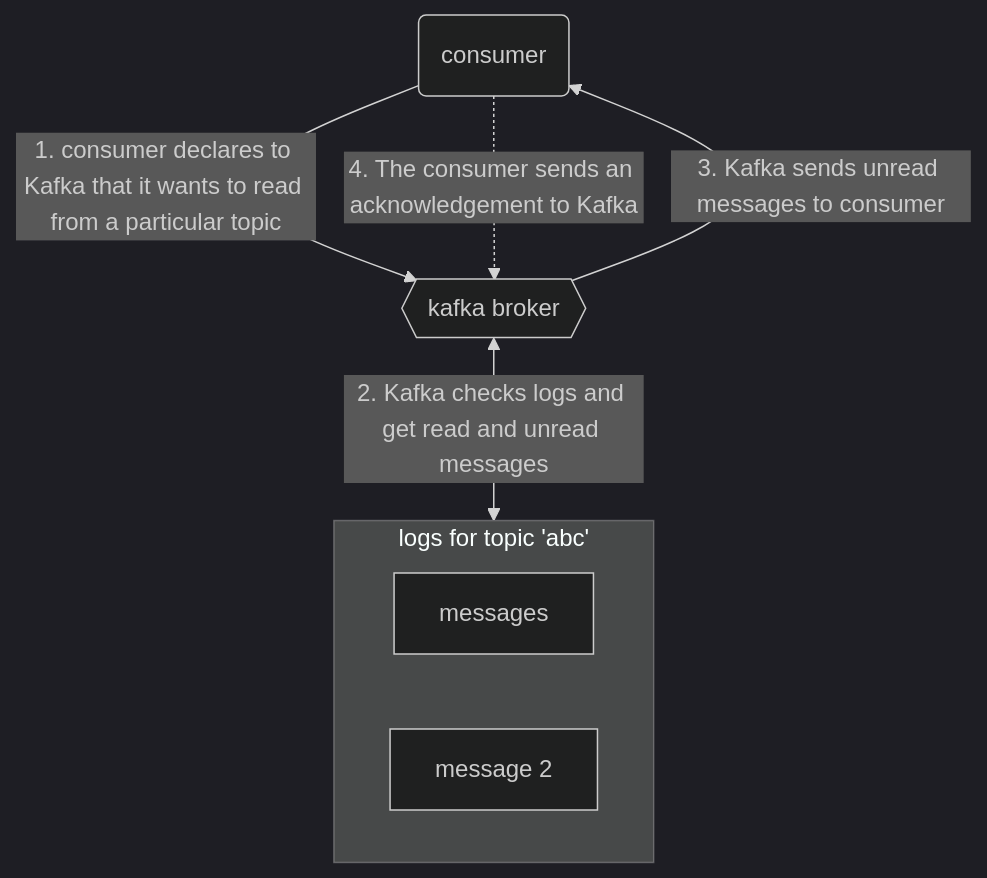
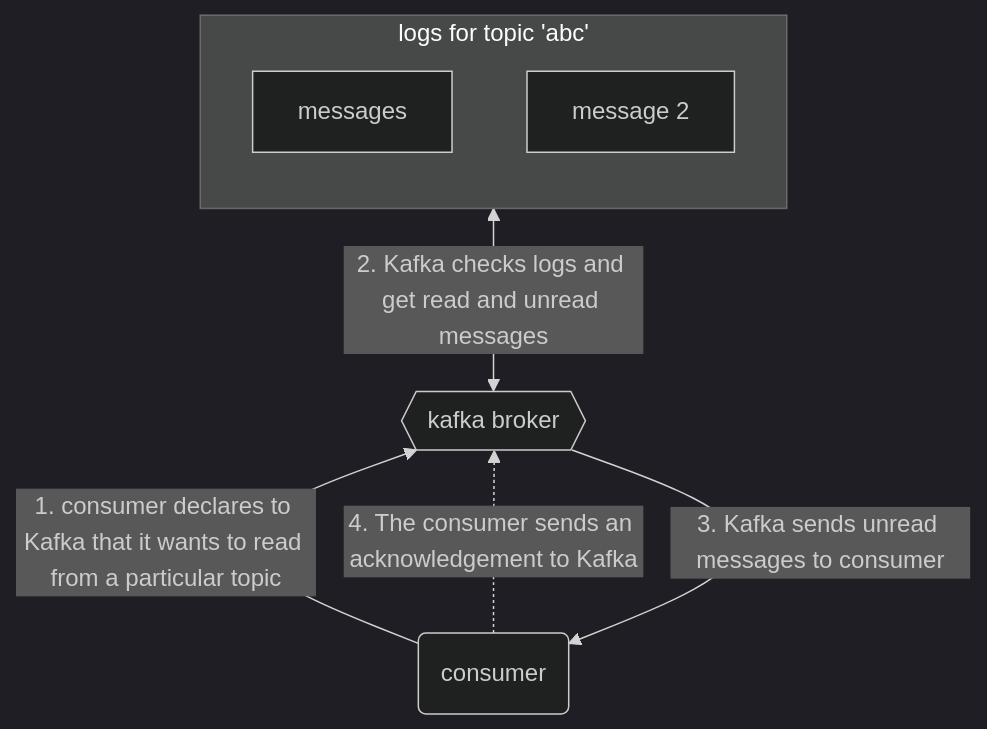
The second of 2 diagrams in kafka/readme.md (shayansm2/eng-notebook), drawn with Mermaid (dark theme) before and after one commit. The commit also changed other lines of this file and 1 other file, not shown here.

Commit message:
add linux command line cheat sheet + some changes on kafka notes

````diff
--- a/kafka/readme.md
+++ b/kafka/readme.md
@@ -80,13 +80,13 @@
 ```mermaid
-flowchart TB
+flowchart BT
     c(consumer)
     k{{kafka broker}}
     subgraph logs[logs for topic 'abc']
         m1[messages]
         m2[message 2]
     end
     c-->|1. consumer declares to Kafka that it wants to read from a particular topic|k
     k<-->|2. Kafka checks logs and get read and unread messages|logs
     k-->|3. Kafka sends unread messages to consumer|c
     c-.->|4. The consumer sends an acknowledgement to Kafka|k
 ```
````
